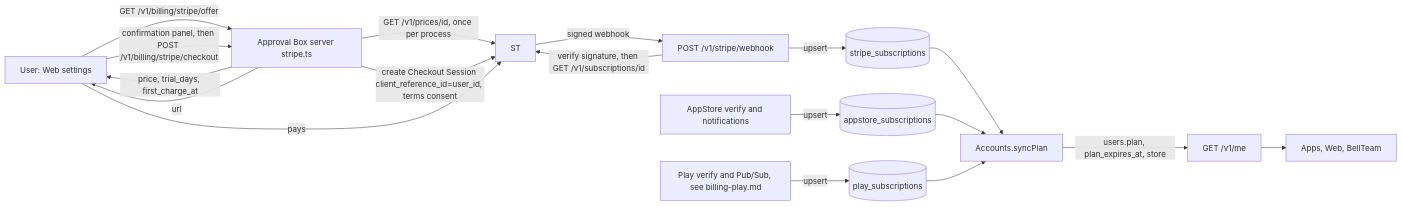
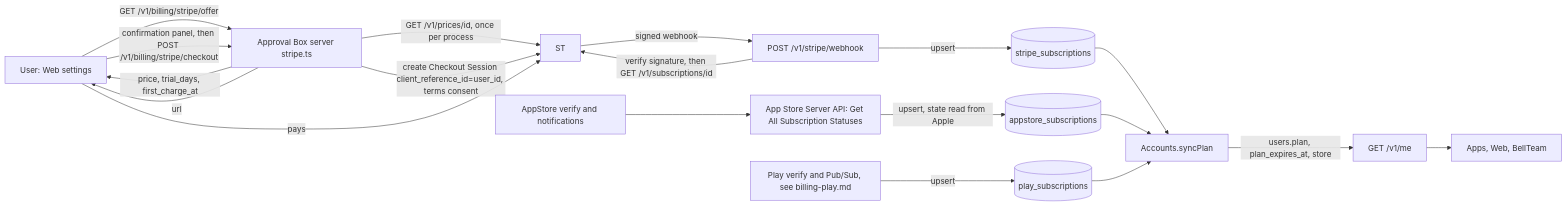
The diagram in docs/billing-stripe.md (kitepon/approval-box), drawn with Mermaid before and after one commit. The commit also changed other lines of this file and 8 other files, not shown here.

First line of the commit message:
feat: read App Store subscription state from Apple's Server API

````diff
--- a/docs/billing-stripe.md
+++ b/docs/billing-stripe.md
@@ -25,20 +25,21 @@
 ```mermaid
 flowchart LR
   U[User: Web settings] -->|GET /v1/billing/stripe/offer| S[Approval Box server stripe.ts]
   S -->|price, trial_days, first_charge_at| U
   U -->|confirmation panel, then POST /v1/billing/stripe/checkout| S
   S -->|GET /v1/prices/id, once per process| ST
   S -->|create Checkout Session client_reference_id=user_id, terms consent| ST
   S -->|url| U
   U -->|pays| ST
   ST -->|signed webhook| W[POST /v1/stripe/webhook]
   W -->|verify signature, then GET /v1/subscriptions/id| ST
   W -->|upsert| T[(stripe_subscriptions)]
-  A[AppStore verify and notifications] -->|upsert| T2[(appstore_subscriptions)]
+  A[AppStore verify and notifications] --> AA[App Store Server API: Get All Subscription Statuses]
+  AA -->|upsert, state read from Apple| T2[(appstore_subscriptions)]
   G[Play verify and Pub/Sub, see billing-play.md] -->|upsert| T3[(play_subscriptions)]
   T --> P[Accounts.syncPlan]
   T2 --> P
   T3 --> P
   P -->|users.plan, plan_expires_at, store| ME[GET /v1/me]
   ME --> R[Apps, Web, BellTeam]
 ```
````
